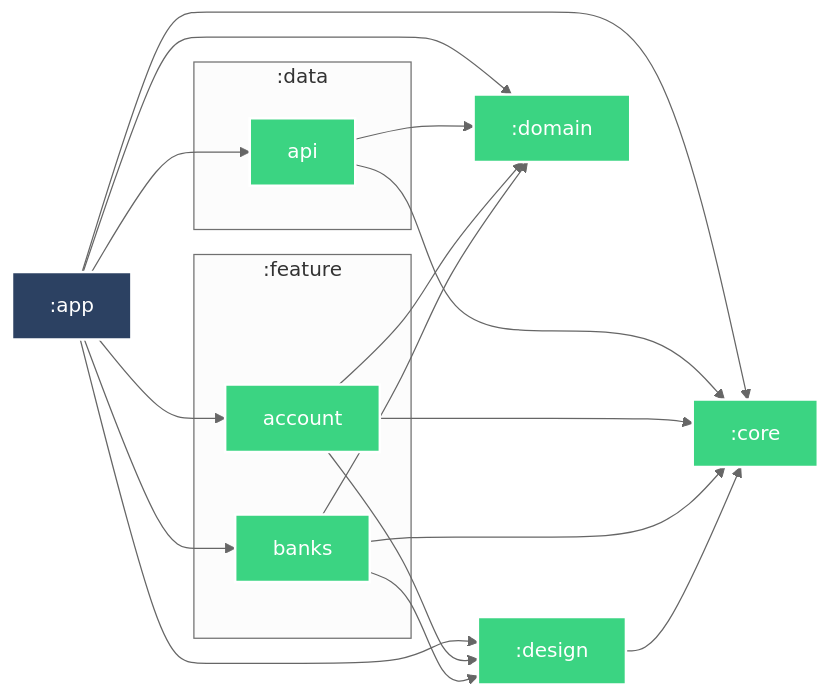
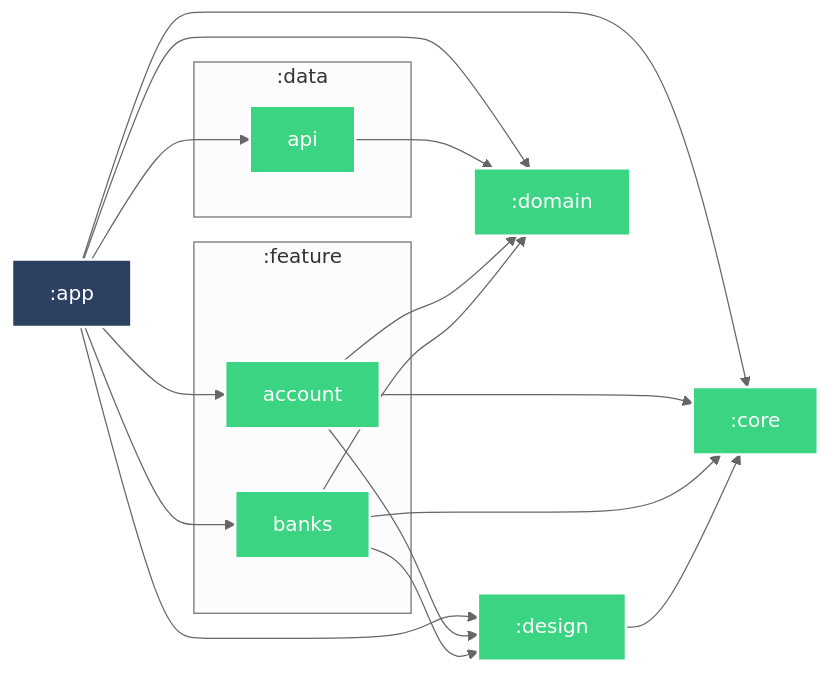
One commit to r4dixx/CATSikel changed the diagram in docs/README.md. Above: the diagram before and after it, drawn with Mermaid. The commit also changed 3 other files, not shown here.

````diff
--- a/docs/README.md
+++ b/docs/README.md
@@ -3,42 +3,41 @@
 ```mermaid
 %%{
   init: {
     'theme': 'neutral'
   }
 }%%
 
 graph LR
   subgraph :data
     :data:api["api"]
   end
   subgraph :feature
     :feature:banks["banks"]
     :feature:account["account"]
   end
   :design --> :core
   :feature:banks --> :core
   :feature:banks --> :design
   :feature:banks --> :domain
   :feature:account --> :core
   :feature:account --> :design
   :feature:account --> :domain
-  :data:api --> :core
   :data:api --> :domain
   :app --> :core
   :app --> :data:api
   :app --> :design
   :app --> :domain
   :app --> :feature:account
   :app --> :feature:banks
 
 classDef android-library fill:#3BD482,stroke:#fff,stroke-width:2px,color:#fff;
 classDef android-application fill:#2C4162,stroke:#fff,stroke-width:2px,color:#fff;
 class :design android-library
 class :core android-library
 class :feature:banks android-library
 class :domain android-library
 class :feature:account android-library
 class :data:api android-library
 class :app android-application
 
 ```
````
